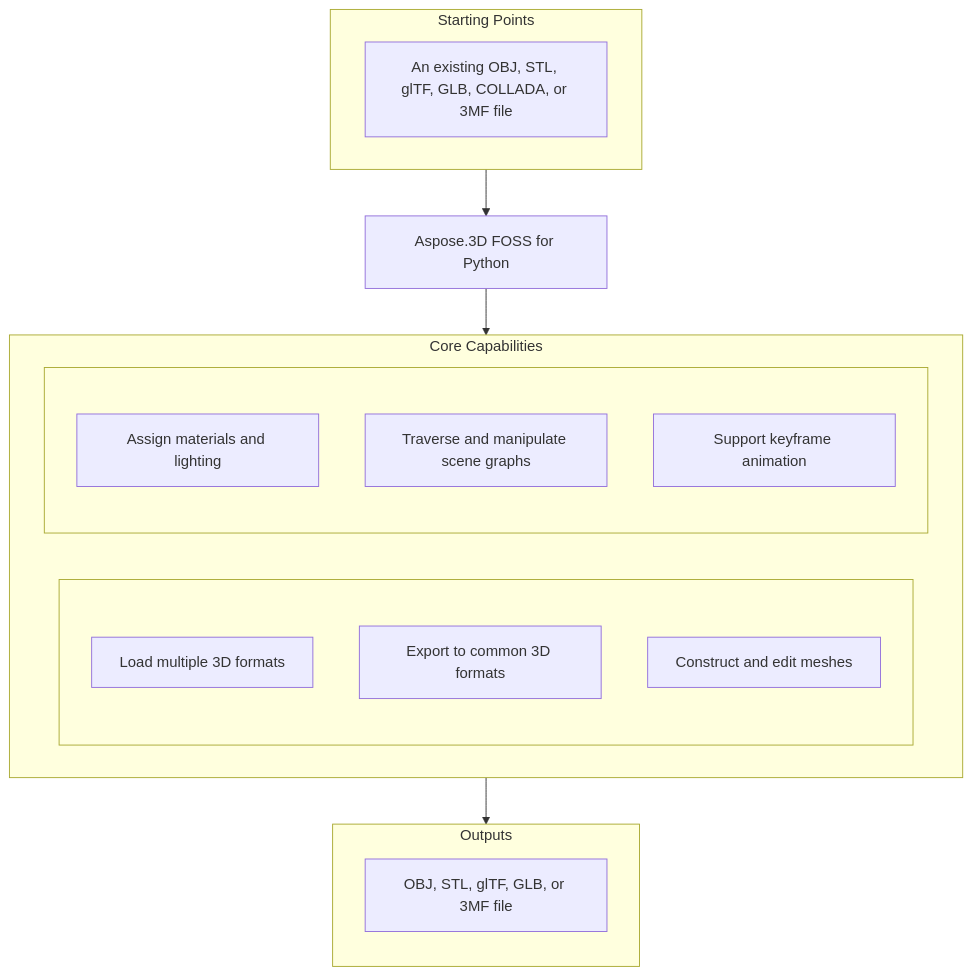
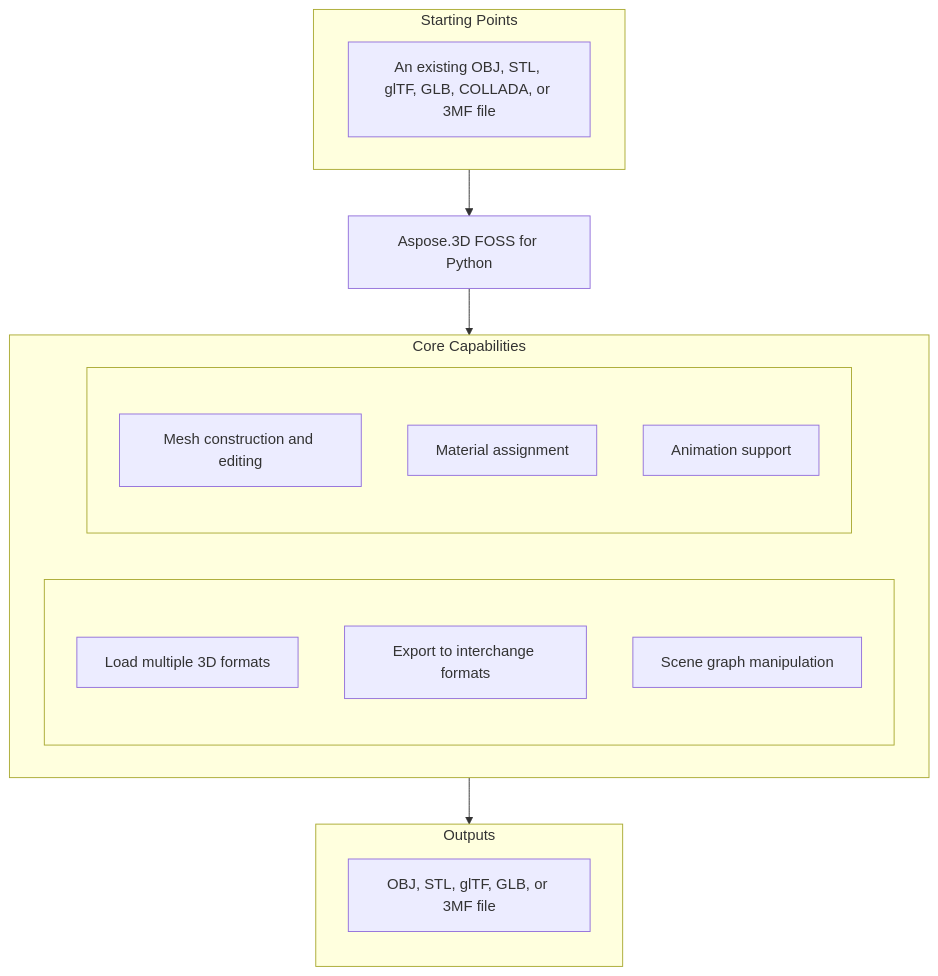
Before and after one commit to babar-raza/repository-presenter: the diagram in candidates/aspose-3d-foss__Aspose.3D-FOSS-for-Python/65b1f577c0f16d0d9112bb6c1153d3024543ac02/README.md, drawn with Mermaid. The commit also changed other lines of this file and 17 other files, not shown here.

````diff
--- a/candidates/aspose-3d-foss__Aspose.3D-FOSS-for-Python/65b1f577c0f16d0d9112bb6c1153d3024543ac02/README.md
+++ b/candidates/aspose-3d-foss__Aspose.3D-FOSS-for-Python/65b1f577c0f16d0d9112bb6c1153d3024543ac02/README.md
@@ -25,28 +25,28 @@
 ```mermaid
 flowchart TD
   subgraph StartingPoints["Starting Points"]
     direction LR
     i1["An existing OBJ, STL, glTF, GLB, COLLADA, or 3MF file"]
   end
   PRODUCT["Aspose.3D FOSS for Python"]
   subgraph Capabilities["Core Capabilities"]
     direction LR
     subgraph capl[" "]
       direction TB
       c1["Load multiple 3D formats"]
-      c2["Export to common 3D formats"]
-      c3["Construct and edit meshes"]
+      c2["Export to interchange formats"]
+      c3["Scene graph manipulation"]
     end
     subgraph capr[" "]
       direction TB
-      c4["Assign materials and lighting"]
-      c5["Traverse and manipulate scene graphs"]
-      c6["Support keyframe animation"]
+      c4["Mesh construction and editing"]
+      c5["Material assignment"]
+      c6["Animation support"]
     end
   end
   subgraph Outputs["Outputs"]
     direction TB
     o1["OBJ, STL, glTF, GLB, or 3MF file"]
   end
   StartingPoints --> PRODUCT --> Capabilities --> Outputs
 ```
````
